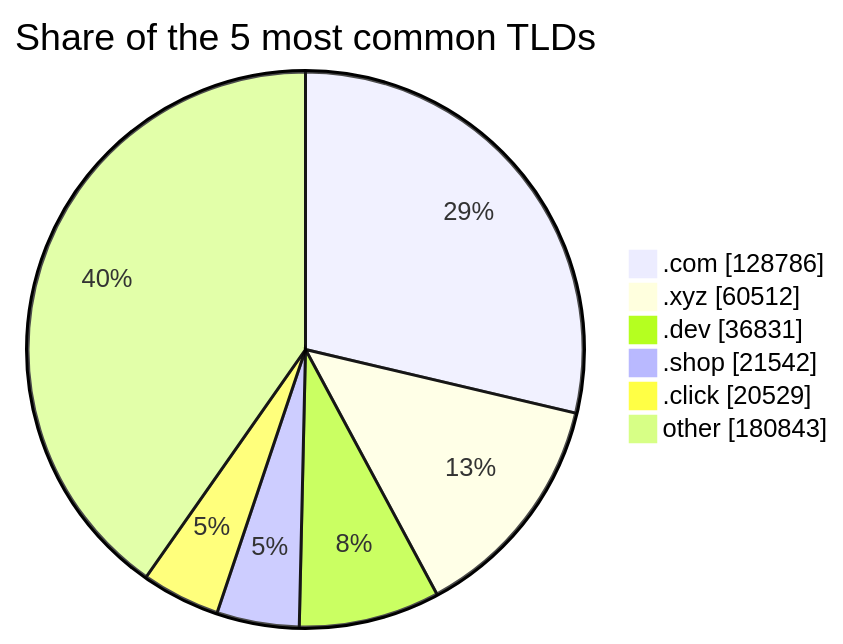
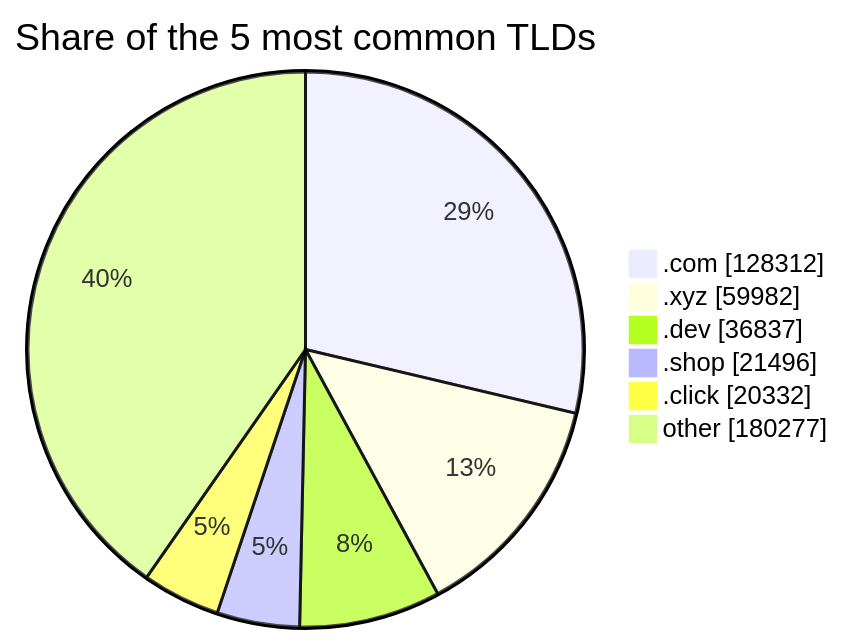
The third of 3 diagrams in README.md (DNSBunker/CTI), drawn with Mermaid before and after one commit. The commit also changed other lines of this file and 3 other files, not shown here.

````diff
--- a/README.md
+++ b/README.md
@@ -81,9 +81,9 @@
 ```mermaid
 pie showData title Share of the 5 most common TLDs
-    ".com" : 128786
-    ".xyz" : 60512
-    ".dev" : 36831
-    ".shop" : 21542
-    ".click" : 20529
-    "other" : 180843
+    ".com" : 128312
+    ".xyz" : 59982
+    ".dev" : 36837
+    ".shop" : 21496
+    ".click" : 20332
+    "other" : 180277
 ```
````
